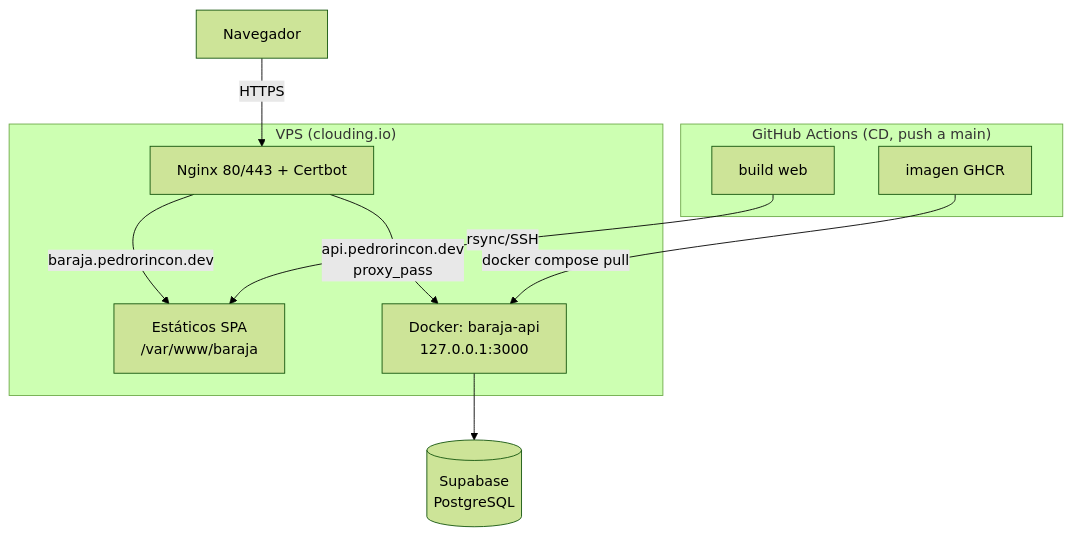
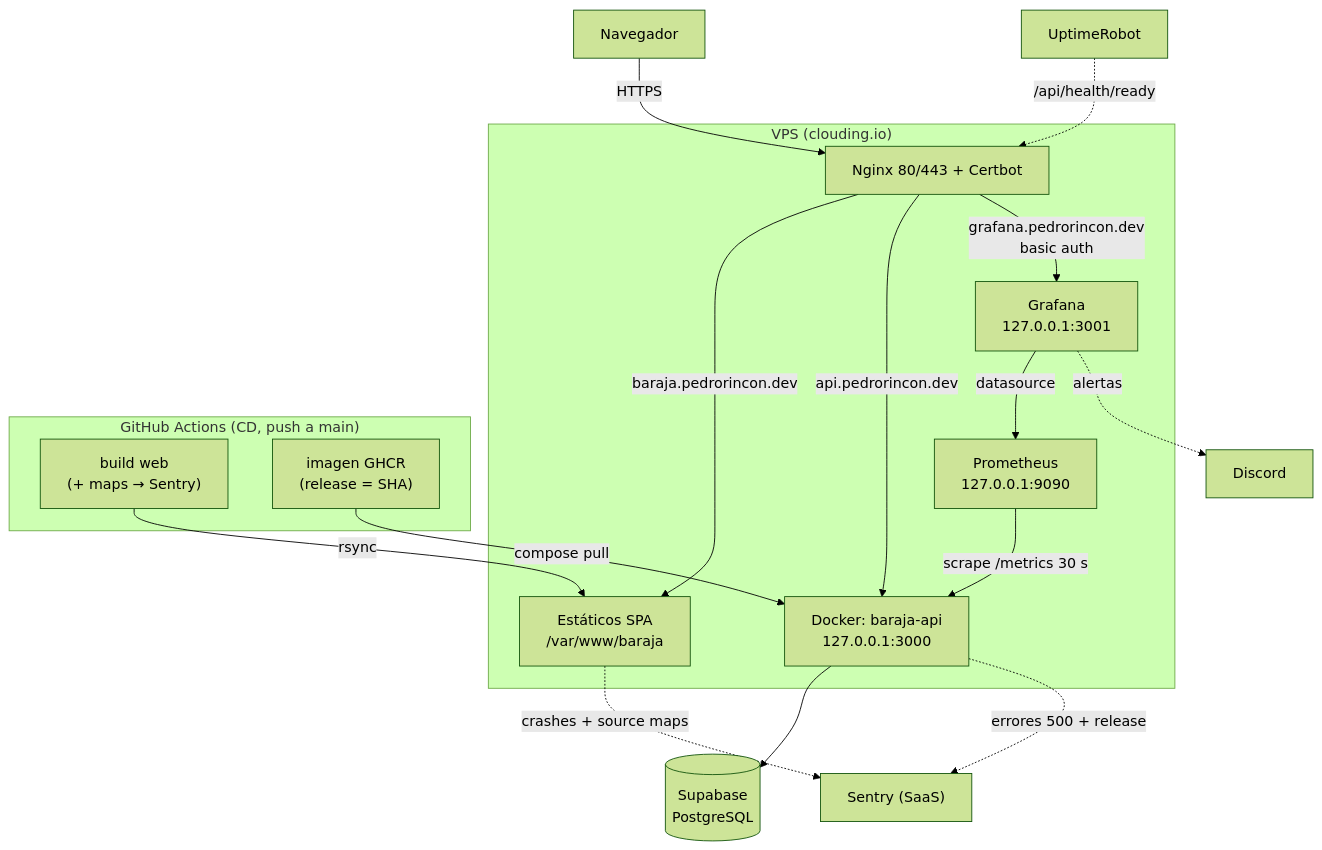
Before and after one commit to P-Drop/barajaAPI: the diagram in README.md, drawn with Mermaid (forest theme). The commit also changed other lines of this file and 3 other files, not shown here.

````diff
--- a/README.md
+++ b/README.md
@@ -155,19 +158,28 @@
 ```mermaid
 flowchart TB
     B[Navegador] -->|HTTPS| NG
 
     subgraph VPS ["VPS (clouding.io)"]
         NG["Nginx 80/443 + Certbot"]
         FE["Estáticos SPA<br>/var/www/baraja"]
         API["Docker: baraja-api<br>127.0.0.1:3000"]
+        PROM["Prometheus<br>127.0.0.1:9090"]
+        GRAF["Grafana<br>127.0.0.1:3001"]
         NG -->|baraja.pedrorincon.dev| FE
-        NG -->|api.pedrorincon.dev<br>proxy_pass| API
+        NG -->|api.pedrorincon.dev| API
+        NG -->|grafana.pedrorincon.dev<br>basic auth| GRAF
+        PROM -->|scrape /metrics 30 s| API
+        GRAF -->|datasource| PROM
     end
 
     API --> DB[("Supabase<br>PostgreSQL")]
+    API -.->|errores 500 + release| SENTRY["Sentry (SaaS)"]
+    FE -.->|crashes + source maps| SENTRY
+    GRAF -.->|alertas| DISCORD["Discord"]
+    UR["UptimeRobot"] -.->|/api/health/ready| NG
 
     subgraph CD ["GitHub Actions (CD, push a main)"]
-        W["build web"] -->|rsync/SSH| FE
-        IMG["imagen GHCR"] -->|docker compose pull| API
+        W["build web<br>(+ maps → Sentry)"] -->|rsync| FE
+        IMG["imagen GHCR<br>(release = SHA)"] -->|compose pull| API
     end
 ```
````
